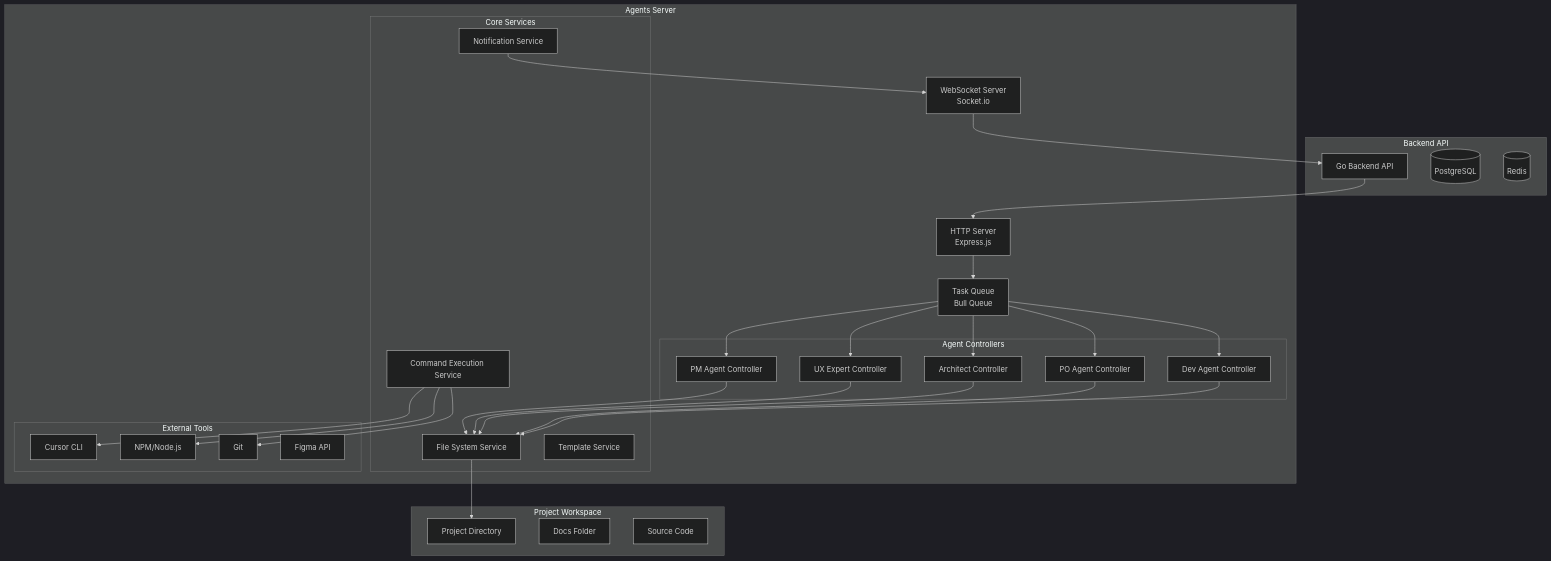
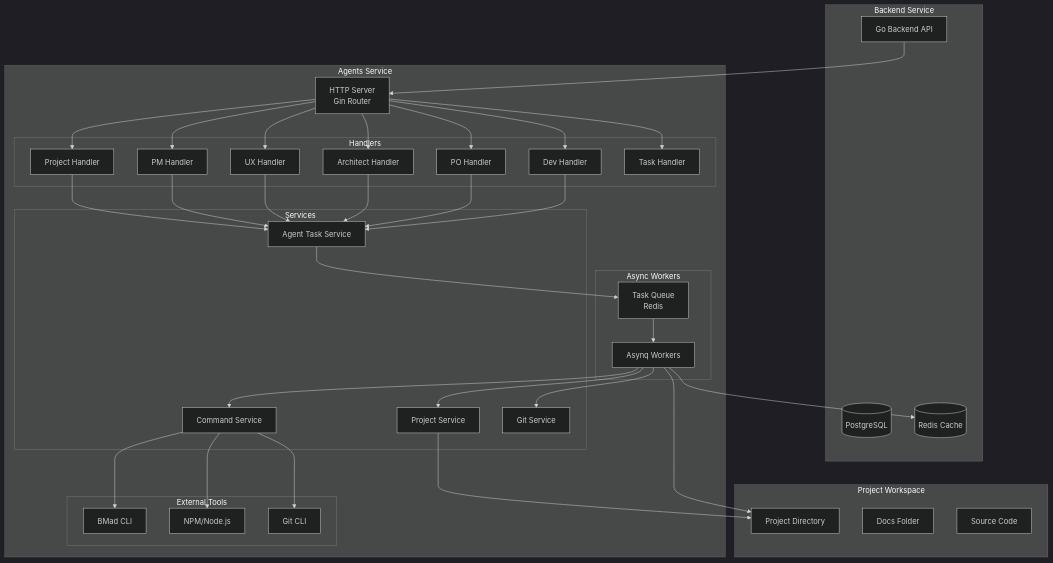
One commit to lighthought/app-maker changed the first of 4 diagrams in agents/design/ARCHITECTURE.md. Above: the diagram before and after it, drawn with Mermaid (dark theme). The commit also changed other lines of this file and 18 other files, not shown here.

````diff
--- a/agents/design/ARCHITECTURE.md
+++ b/agents/design/ARCHITECTURE.md
@@ -30,64 +25,77 @@
 ```mermaid
 graph TB
-    subgraph "Backend API"
+    subgraph "Backend Service"
         API[Go Backend API]
         DB[(PostgreSQL)]
-        REDIS[(Redis)]
+        REDIS[(Redis Cache)]
     end
     
-    subgraph "Agents Server"
-        HTTP[HTTP Server<br/>Express.js]
-        WS[WebSocket Server<br/>Socket.io]
-        QUEUE[Task Queue<br/>Bull Queue]
+    subgraph "Agents Service"
+        HTTP[HTTP Server<br/>Gin Router]
         
-        subgraph "Agent Controllers"
-            PM[PM Agent Controller]
-            UX[UX Expert Controller]
-            ARCH[Architect Controller]
-            PO[PO Agent Controller]
-            DEV[Dev Agent Controller]
+        subgraph "Handlers"
+            PROJECT[Project Handler]
+            PM[PM Handler]
+            UX[UX Handler]
+            ARCH[Architect Handler]
+            PO[PO Handler]
+            DEV[Dev Handler]
+            TASK[Task Handler]
         end
         
-        subgraph "Core Services"
-            FS[File System Service]
-            CMD[Command Execution Service]
-            TEMPLATE[Template Service]
-            NOTIFY[Notification Service]
+        subgraph "Services"
+            AGENT_TASK[Agent Task Service]
+            PROJECT_SVC[Project Service]
+            COMMAND[Command Service]
+            GIT[Git Service]
+        end
+        
+        subgraph "Async Workers"
+            WORKER[Asynq Workers]
+            QUEUE[Task Queue<br/>Redis]
         end
         
         subgraph "External Tools"
-            CURSOR[Cursor CLI]
+            BMAD[BMad CLI]
             NPM[NPM/Node.js]
-            GIT[Git]
-            FIGMA[Figma API]
+            GIT_CLI[Git CLI]
         end
     end
     
     subgraph "Project Workspace"
-        PROJECT[Project Directory]
+        WORKSPACE[Project Directory]
         DOCS[Docs Folder]
         CODE[Source Code]
     end
     
     API --> HTTP
-    HTTP --> QUEUE
-    QUEUE --> PM
-    QUEUE --> UX
-    QUEUE --> ARCH
-    QUEUE --> PO
-    QUEUE --> DEV
+    HTTP --> PROJECT
+    HTTP --> PM
+    HTTP --> UX
+    HTTP --> ARCH
+    HTTP --> PO
+    HTTP --> DEV
+    HTTP --> TASK
     
-    PM --> FS
-    UX --> FS
-    ARCH --> FS
-    PO --> FS
-    DEV --> FS
+    PROJECT --> AGENT_TASK
+    PM --> AGENT_TASK
+    UX --> AGENT_TASK
+    ARCH --> AGENT_TASK
+    PO --> AGENT_TASK
+    DEV --> AGENT_TASK
     
-    FS --> PROJECT
-    CMD --> CURSOR
-    CMD --> NPM
-    CMD --> GIT
+    AGENT_TASK --> QUEUE
+    QUEUE --> WORKER
+    WORKER --> PROJECT_SVC
+    WORKER --> COMMAND
+    WORKER --> GIT
     
-    WS --> API
-    NOTIFY --> WS
+    COMMAND --> BMAD
+    COMMAND --> NPM
+    COMMAND --> GIT_CLI
+    
+    PROJECT_SVC --> WORKSPACE
+    WORKER --> WORKSPACE
+    
+    WORKER --> REDIS
 ```
````
